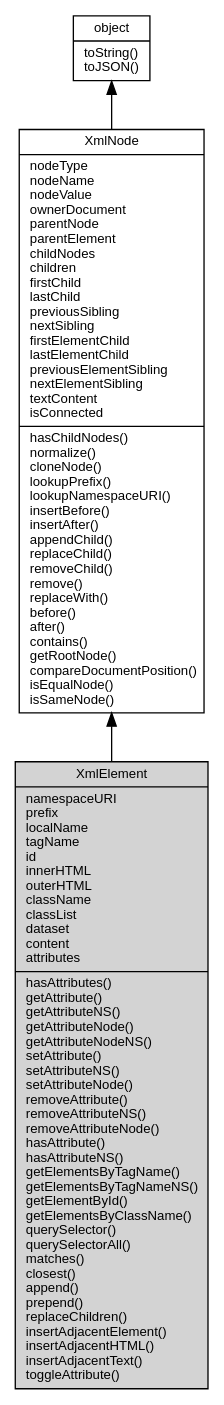
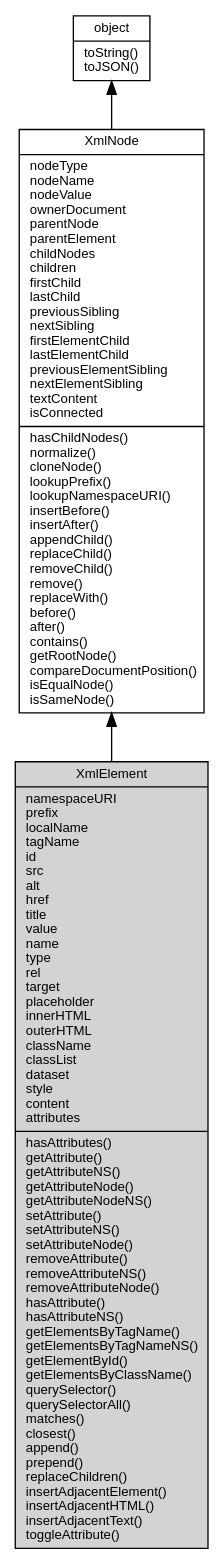
Before and after one commit to fibjs/fibjs.org: the diagram in docs/manual/object/ifs/XmlElement.md, drawn with Graphviz. The commit also changed other lines of this file and 241 other files, not shown here.

````diff
--- a/docs/manual/object/ifs/XmlElement.md
+++ b/docs/manual/object/ifs/XmlElement.md
@@ -5,12 +148,12 @@
 ```dot
 digraph {
     node [fontname="Helvetica,sans-Serif", fontsize=10, shape="record", style="filled", fillcolor="white"];
 
     object [tooltip="object", URL="object.md", label="{object|toString()\ltoJSON()\l}"];
     XmlNode [tooltip="XmlNode", URL="XmlNode.md", label="{XmlNode|nodeType\lnodeName\lnodeValue\lownerDocument\lparentNode\lparentElement\lchildNodes\lchildren\lfirstChild\llastChild\lpreviousSibling\lnextSibling\lfirstElementChild\llastElementChild\lpreviousElementSibling\lnextElementSibling\ltextContent\lisConnected\l|hasChildNodes()\lnormalize()\lcloneNode()\llookupPrefix()\llookupNamespaceURI()\linsertBefore()\linsertAfter()\lappendChild()\lreplaceChild()\lremoveChild()\lremove()\lreplaceWith()\lbefore()\lafter()\lcontains()\lgetRootNode()\lcompareDocumentPosition()\lisEqualNode()\lisSameNode()\l}"];
-    XmlElement [tooltip="XmlElement", fillcolor="lightgray", id="me", label="{XmlElement|namespaceURI\lprefix\llocalName\ltagName\lid\linnerHTML\louterHTML\lclassName\lclassList\ldataset\lcontent\lattributes\l|hasAttributes()\lgetAttribute()\lgetAttributeNS()\lgetAttributeNode()\lgetAttributeNodeNS()\lsetAttribute()\lsetAttributeNS()\lsetAttributeNode()\lremoveAttribute()\lremoveAttributeNS()\lremoveAttributeNode()\lhasAttribute()\lhasAttributeNS()\lgetElementsByTagName()\lgetElementsByTagNameNS()\lgetElementById()\lgetElementsByClassName()\lquerySelector()\lquerySelectorAll()\lmatches()\lclosest()\lappend()\lprepend()\lreplaceChildren()\linsertAdjacentElement()\linsertAdjacentHTML()\linsertAdjacentText()\ltoggleAttribute()\l}"];
+    XmlElement [tooltip="XmlElement", fillcolor="lightgray", id="me", label="{XmlElement|namespaceURI\lprefix\llocalName\ltagName\lid\lsrc\lalt\lhref\ltitle\lvalue\lname\ltype\lrel\ltarget\lplaceholder\linnerHTML\louterHTML\lclassName\lclassList\ldataset\lstyle\lcontent\lattributes\l|hasAttributes()\lgetAttribute()\lgetAttributeNS()\lgetAttributeNode()\lgetAttributeNodeNS()\lsetAttribute()\lsetAttributeNS()\lsetAttributeNode()\lremoveAttribute()\lremoveAttributeNS()\lremoveAttributeNode()\lhasAttribute()\lhasAttributeNS()\lgetElementsByTagName()\lgetElementsByTagNameNS()\lgetElementById()\lgetElementsByClassName()\lquerySelector()\lquerySelectorAll()\lmatches()\lclosest()\lappend()\lprepend()\lreplaceChildren()\linsertAdjacentElement()\linsertAdjacentHTML()\linsertAdjacentText()\ltoggleAttribute()\l}"];
 
     object -> XmlNode [dir=back];
     XmlNode -> XmlElement [dir=back];
 }
 ```
````
